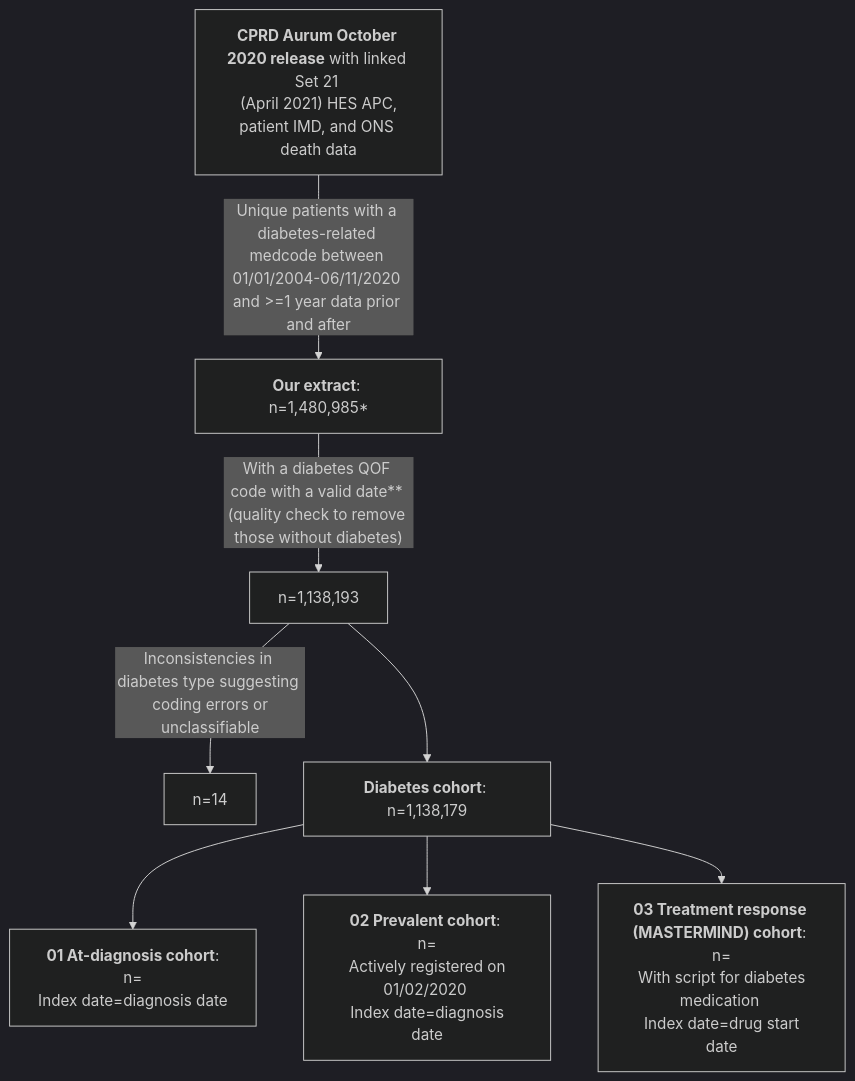
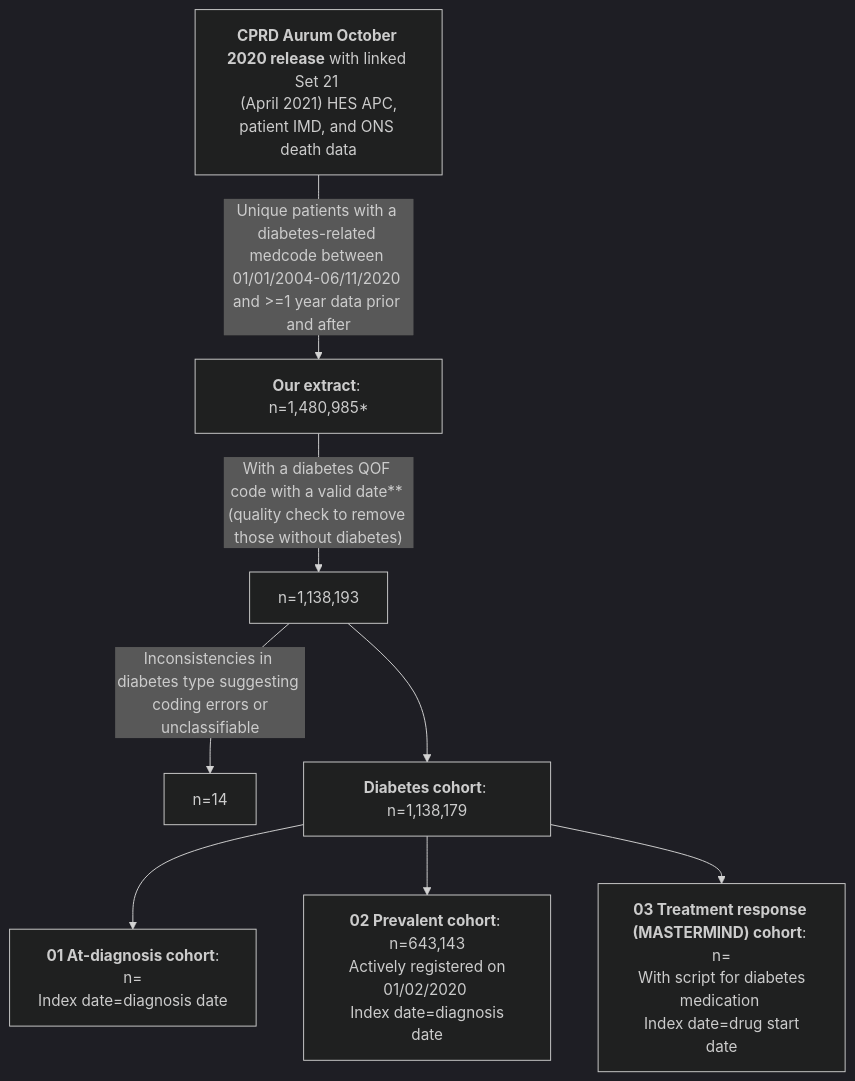
Before and after one commit to Exeter-Diabetes/CPRD-Cohort-scripts: the first of 2 diagrams in README.md, drawn with Mermaid (dark theme).

````diff
--- a/README.md
+++ b/README.md
@@ -12,10 +12,10 @@
 ```mermaid
 graph TD;
     A["<b>CPRD Aurum October 2020 release</b> with linked Set 21 <br> (April 2021) HES APC, patient IMD, and ONS death data"] --> |"Unique patients with a diabetes-related medcode between 01/01/2004-06/11/2020 and >=1 year data prior and after"| B["<b>Our extract</b>: n=1,480,985*"]
     B -->|"With a diabetes QOF code with a valid date** (quality check to remove those without diabetes)"|C["n=1,138,193"]
     C --> |"Inconsistencies in diabetes type suggesting <br> coding errors or unclassifiable"|D["n=14"]
     C --> E["<b>Diabetes cohort</b>: n=1,138,179"]
     E --> F["<b>01 At-diagnosis cohort</b>: <br> n= <br> Index date=diagnosis date"]
-    E --> G["<b>02 Prevalent cohort</b>: <br> n= <br> Actively registered on 01/02/2020 <br> Index date=diagnosis date"]
+    E --> G["<b>02 Prevalent cohort</b>: <br> n=643,143 <br> Actively registered on 01/02/2020 <br> Index date=diagnosis date"]
     E --> H["<b>03 Treatment response (MASTERMIND) cohort</b>: <br> n= <br> With script for diabetes medication <br> Index date=drug start date"]
 ```
````
